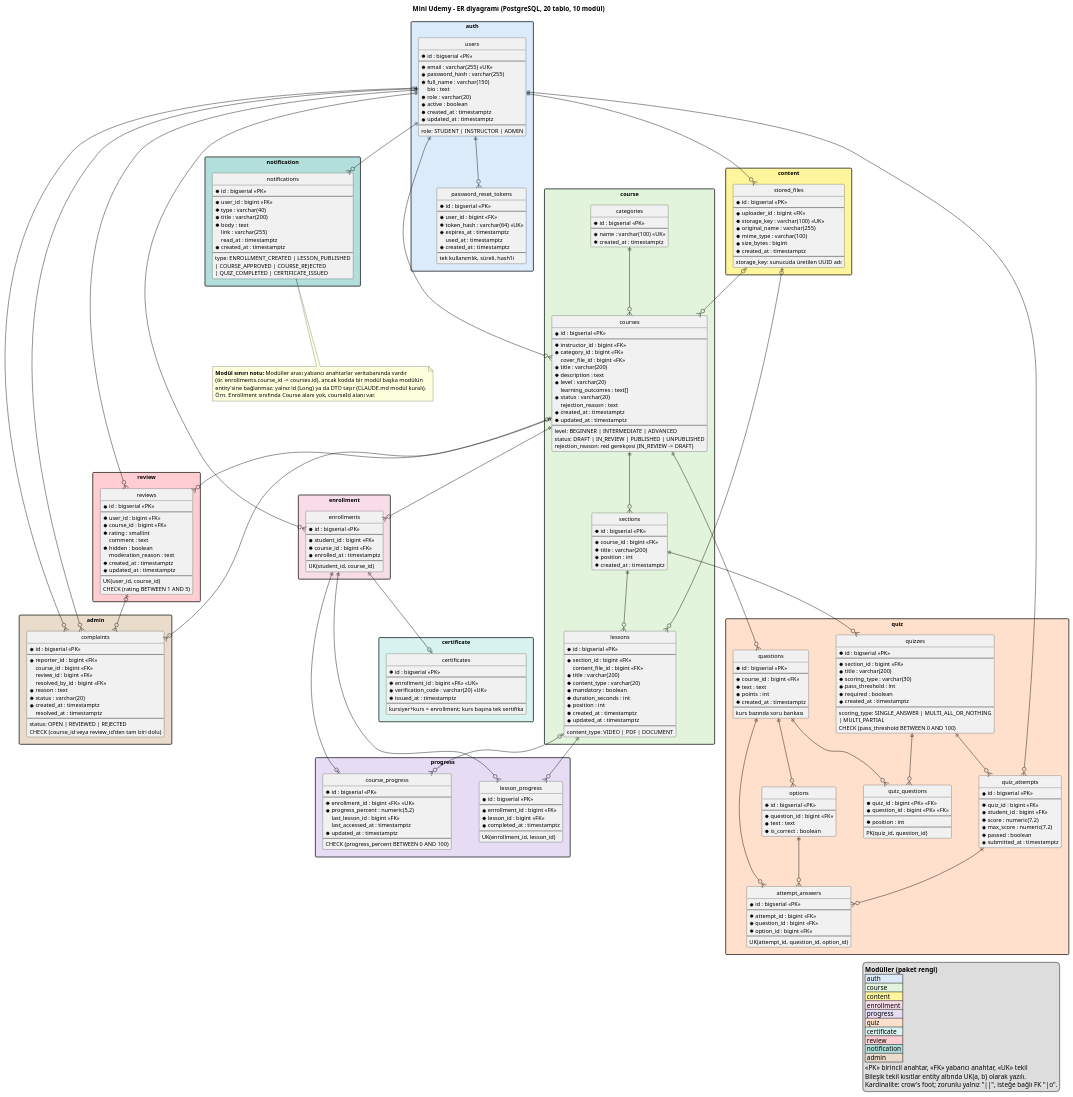
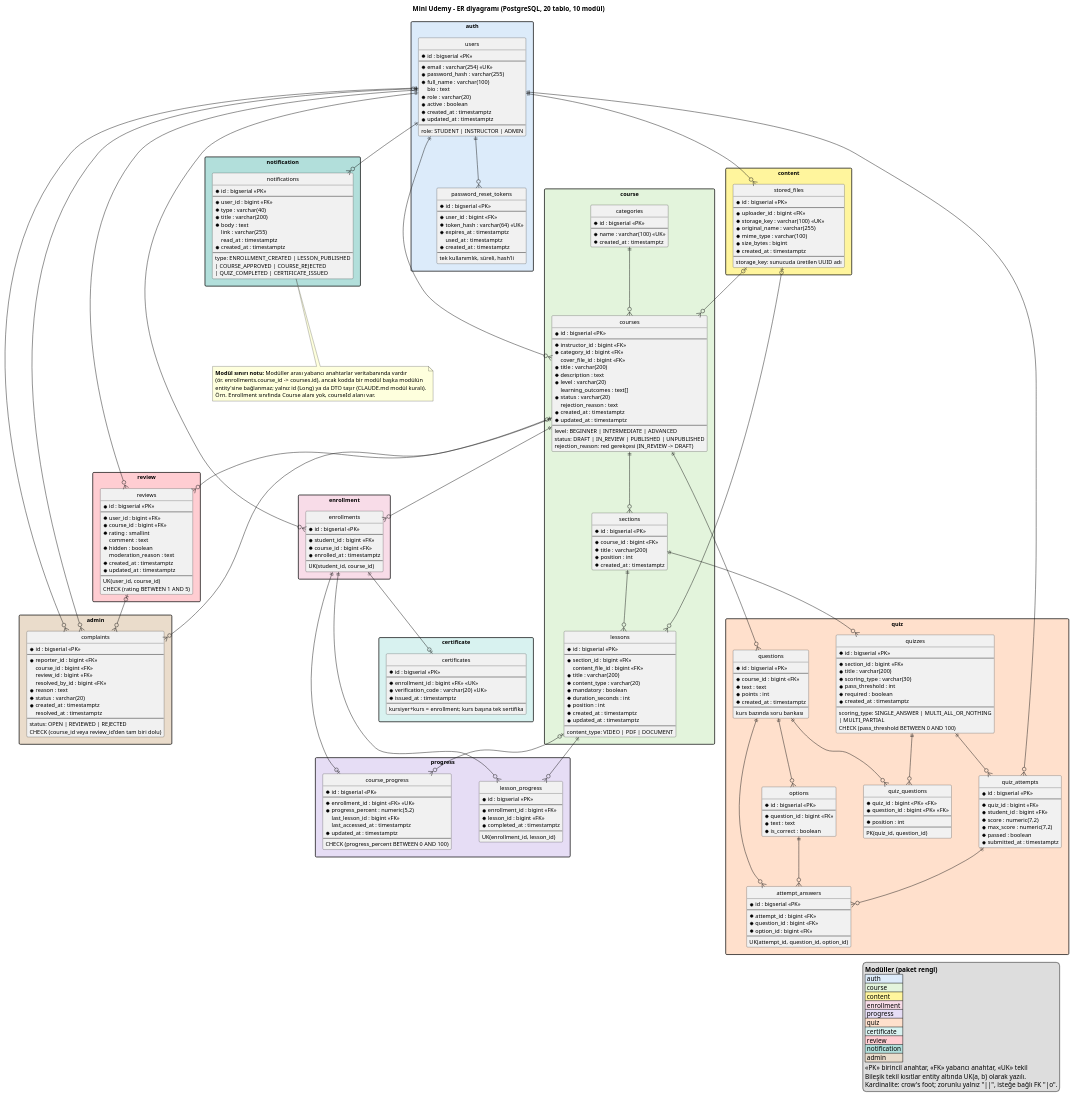
Before and after one commit to Bertanokt/mini-udemy: the diagram in docs/diagrams/er.puml, drawn with PlantUML. The commit also changed 3 other files, not shown here.

First line of the commit message:
users tablosu migration'ı; full_name ve email uzunlukları API ile eşitlendi

```diff
--- a/docs/diagrams/er.puml
+++ b/docs/diagrams/er.puml
@@ -19,9 +19,9 @@
   entity users {
     * id : bigserial <<PK>>
     --
-    * email : varchar(255) <<UK>>
+    * email : varchar(254) <<UK>>
     * password_hash : varchar(255)
-    * full_name : varchar(150)
+    * full_name : varchar(100)
     bio : text
     * role : varchar(20)
     * active : boolean
```
